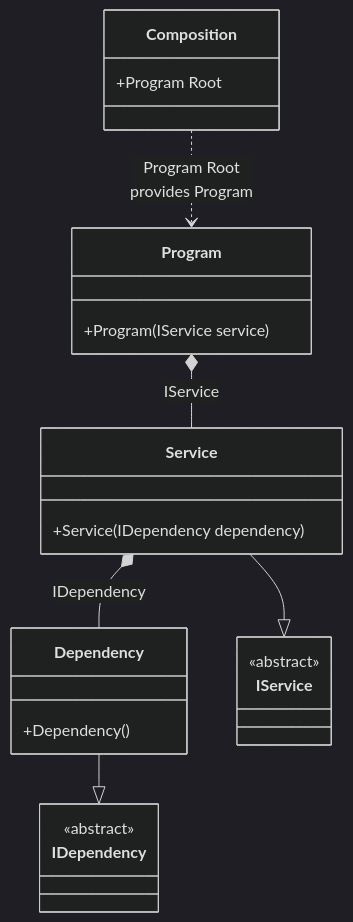
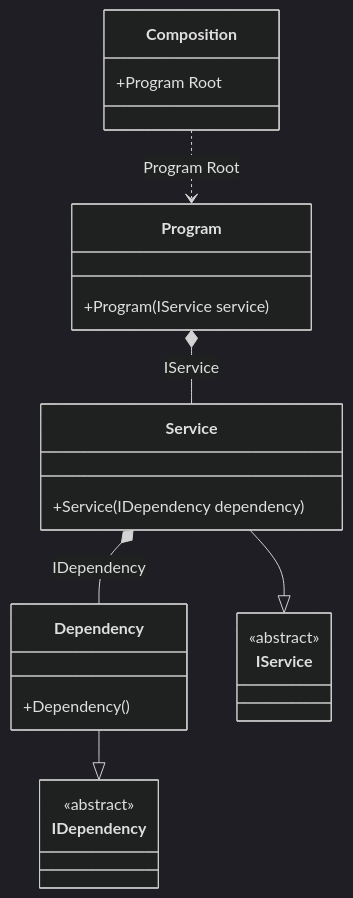
The diagram in readme/injections-of-abstractions.md (DevTeam/Pure.DI), drawn with Mermaid (dark theme) before and after one commit. The commit also changed other lines of this file and 74 other files, not shown here.

````diff
--- a/readme/injections-of-abstractions.md
+++ b/readme/injections-of-abstractions.md
@@ -46,26 +46,26 @@
 ```mermaid
 classDiagram
   class Composition {
     +Program Root
   }
   class Program {
     +Program(IService service)
   }
   Dependency --|> IDependency : 
   class Dependency {
     +Dependency()
   }
   Service --|> IService : 
   class Service {
     +Service(IDependency dependency)
   }
   class IDependency {
     <<abstract>>
   }
   class IService {
     <<abstract>>
   }
   Program *--  Service : IService
   Service *--  Dependency : IDependency
-  Composition ..> Program : Program Root<br/>provides Program
+  Composition ..> Program : Program Root
 ```
````
